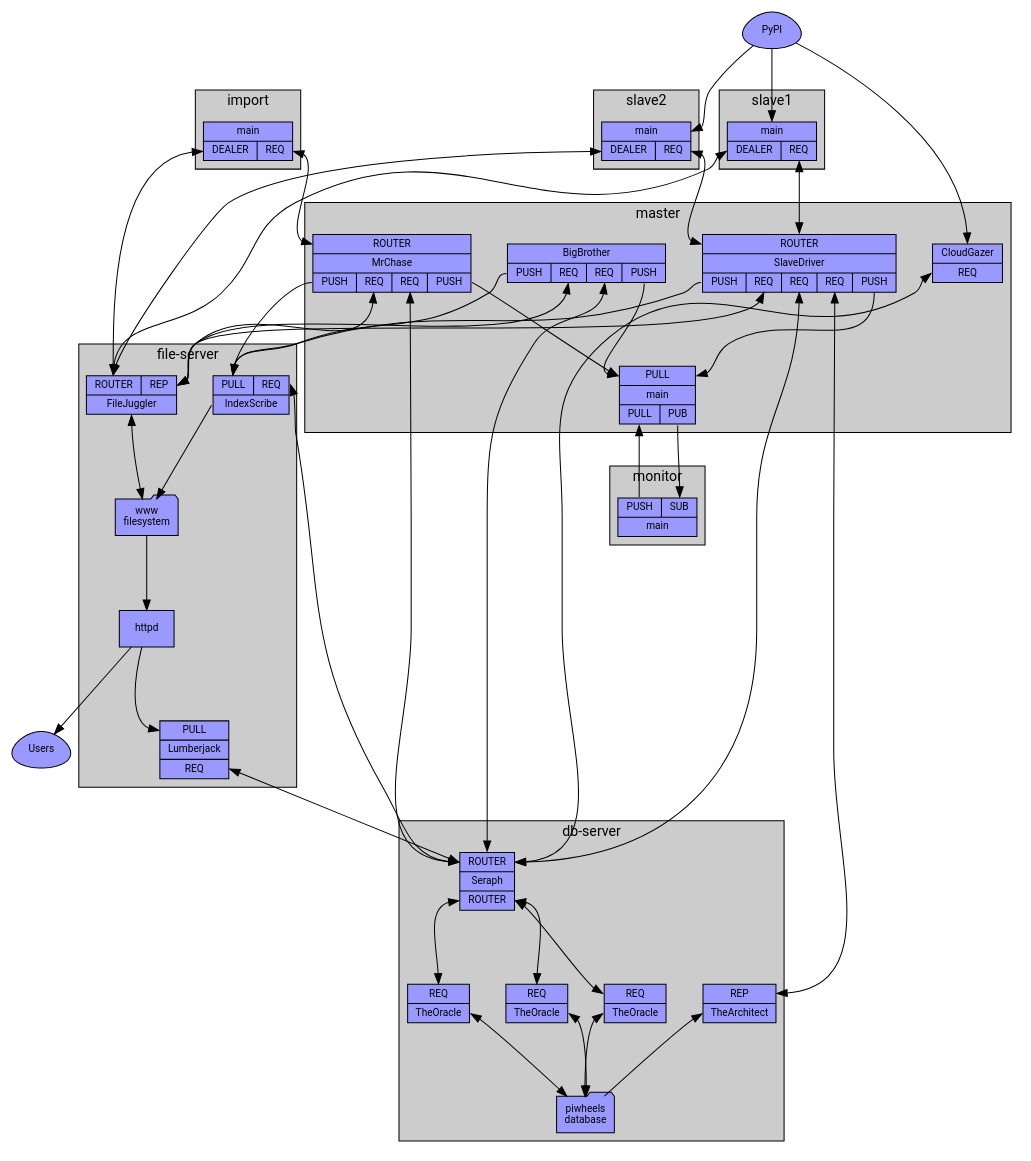
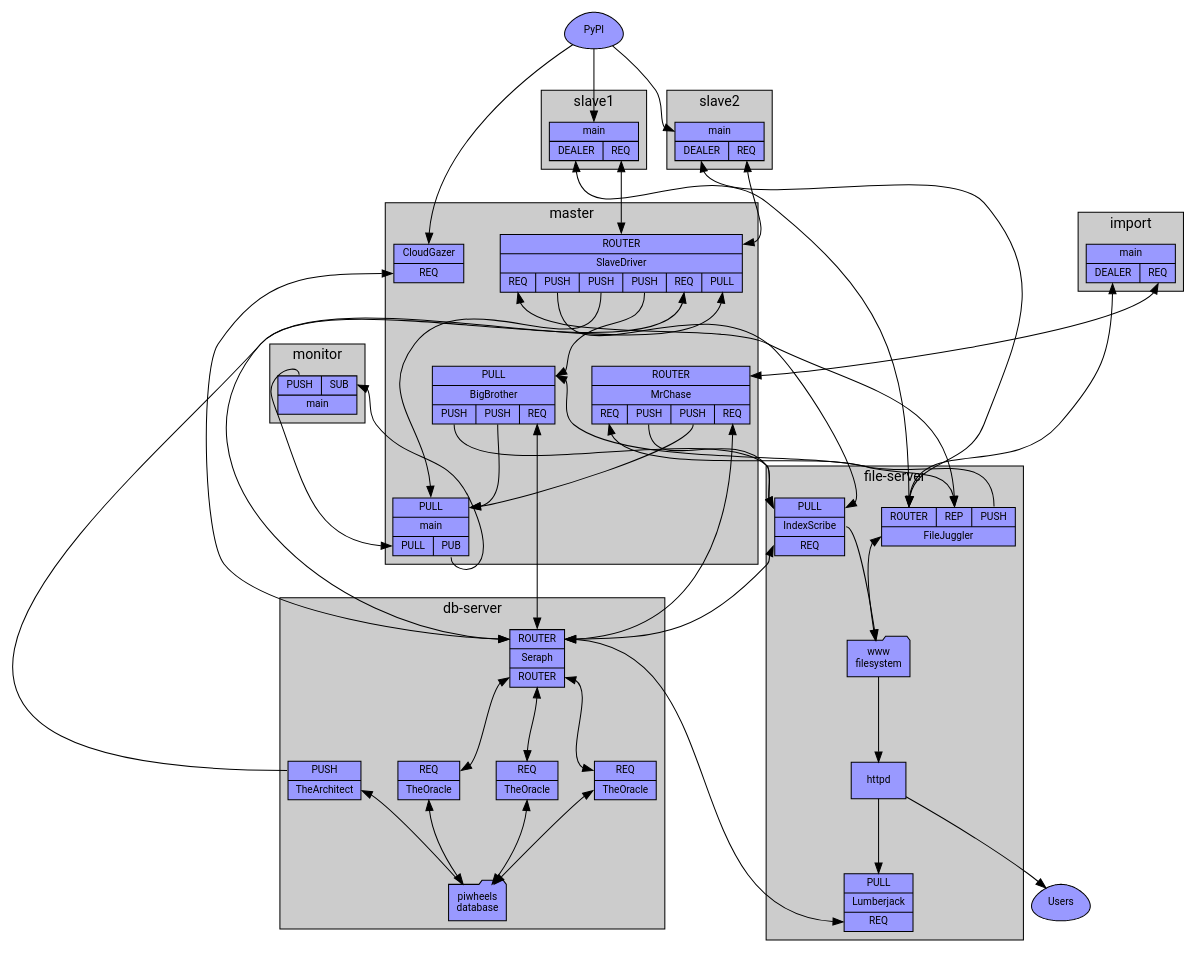
One commit to piwheels/piwheels changed the diagram in docs/master_arch.dot. Above: the diagram before and after it, drawn with Graphviz. The commit also changed 6 other files, not shown here.

First line of the commit message:
Tweak stats feeds to BigBrother

```diff
--- a/docs/master_arch.dot
+++ b/docs/master_arch.dot
@@ -1,104 +1,105 @@
 digraph piwheels {
     graph [nodesep=0.5, ranksep=1, style=filled, fontname=Roboto, fontsize=14, fillcolor="#cccccc"];
     node [shape=record, fontname=Roboto, fontsize=10, style=filled, fillcolor="#9999ff", penwidth=1];
     edge [fontname=Sans, fontsize=8];
 
     PyPI [label="PyPI", shape=egg];
     Users [label="Users", shape=egg];
 
     subgraph cluster_db_server {
         graph [label="db-server"];
 
         TheOracle1 [label="{<Seraph>REQ|<t>TheOracle}"];
         TheOracle2 [label="{<Seraph>REQ|<t>TheOracle}"];
         TheOracle3 [label="{<Seraph>REQ|<t>TheOracle}"];
-        TheArchitect [label="{<builds>REP|<t>TheArchitect}"];
+        TheArchitect [label="{<builds>PUSH|<t>TheArchitect}"];
         Seraph [label="{<db>ROUTER|<t>Seraph|<oracle>ROUTER}"];
         db [label="piwheels\ndatabase", shape=folder];
 
         Seraph:oracle->TheOracle1:Seraph [dir=both];
         Seraph:oracle->TheOracle2:Seraph [dir=both];
         Seraph:oracle->TheOracle3:Seraph [dir=both];
         TheOracle1:t->db [dir=both];
         TheOracle2:t->db [dir=both];
         TheOracle3:t->db [dir=both];
         TheArchitect:t->db [dir=back];
     }
 
     subgraph cluster_file_server {
         graph [label="file-server"];
 
-        FileJuggler [label="{{<slaves>ROUTER|<fs>REP}|<t>FileJuggler}"];
-        IndexScribe [label="{{<indexes>PULL|<db>REQ}|<t>IndexScribe}"];
+        IndexScribe [label="{<indexes>PULL|<t>IndexScribe|<db>REQ}"];
+        FileJuggler [label="{{<slaves>ROUTER|<fs>REP|<stats>PUSH}|<t>FileJuggler}"];
         Lumberjack [label="{<logs>PULL|<t>Lumberjack|<db>REQ}"];
         fs [label="www\nfilesystem", shape=folder];
         httpd;
 
         IndexScribe:t->fs;
         FileJuggler:t->fs [dir=both];
         fs->httpd;
         httpd->Lumberjack:logs;
     }
 
     subgraph cluster_master {
         graph [label="master"];
 
         CloudGazer [label="{<t>CloudGazer|<db>REQ}"];
         main [label="{{<int_status>PULL}|main|{<control>PULL|<ext_status>PUB}}"];
-        BigBrother [label="{<t>BigBrother|{<indexes>PUSH|<fs>REQ|<db>REQ|<int_status>PUSH}}"];
-        SlaveDriver [label="{{<slaves>ROUTER}|<t>SlaveDriver|{<indexes>PUSH|<fs>REQ|<db>REQ|<builds>REQ|<int_status>PUSH}}"];
-        MrChase [label="{<imports>ROUTER|<t>MrChase|{<indexes>PUSH|<fs>REQ|<db>REQ|<int_status>PUSH}}"];
+        MrChase [label="{<imports>ROUTER|<t>MrChase|{<fs>REQ|<indexes>PUSH|<int_status>PUSH|<db>REQ}}"];
+        SlaveDriver [label="{{<slaves>ROUTER}|<t>SlaveDriver|{<fs>REQ|<indexes>PUSH|<int_status>PUSH|<stats>PUSH|<db>REQ|<builds>PULL}}"];
+        BigBrother [label="{<stats>PULL|<t>BigBrother|{<indexes>PUSH|<int_status>PUSH|<db>REQ}}"];
 
         BigBrother:int_status->main:int_status;
         SlaveDriver:int_status->main:int_status;
         MrChase:int_status->main:int_status;
     }
 
     subgraph cluster_monitor {
         graph [label="monitor"];
         monitor [label="{{<control>PUSH|<status>SUB}|<t>main}"];
     }
 
     subgraph cluster_slave1 {
         graph [label="slave1"];
         Slave1 [label="{<t>main|{<files>DEALER|<builds>REQ}}"];
     }
 
     subgraph cluster_slave2 {
         graph [label="slave2"];
         Slave2 [label="{<t>main|{<files>DEALER|<builds>REQ}}"];
     }
 
     subgraph cluster_import {
         graph [label="import"];
         Import [label="{<t>main|{<files>DEALER|<imports>REQ}}"];
     }
 
 
     PyPI->CloudGazer:t;
     PyPI->Slave1:t;
     PyPI->Slave2:t;
     Slave1:builds->SlaveDriver:slaves [dir=both];
     Slave2:builds->SlaveDriver:slaves [dir=both];
     Slave1:files->FileJuggler:slaves [dir=both];
     Slave2:files->FileJuggler:slaves [dir=both];
     Import:imports->MrChase:imports [dir=both];
     Import:files->FileJuggler:slaves [dir=both];
     main:ext_status->monitor:status;
     monitor:control->main:control;
 
     CloudGazer:db->Seraph:db [dir=both];
     BigBrother:indexes->IndexScribe:indexes;
     SlaveDriver:indexes->IndexScribe:indexes;
+    SlaveDriver:stats->BigBrother:stats;
+    FileJuggler:stats->BigBrother:stats;
     MrChase:indexes->IndexScribe:indexes;
     IndexScribe:db->Seraph:db [dir=both];
     BigBrother:db->Seraph:db [dir=both];
-    BigBrother:fs->FileJuggler:fs [dir=both];
     SlaveDriver:fs->FileJuggler:fs [dir=both];
     SlaveDriver:db->Seraph:db [dir=both];
-    SlaveDriver:builds->TheArchitect:builds [dir=both];
+    TheArchitect:builds->SlaveDriver:builds;
     MrChase:fs->FileJuggler:fs [dir=both];
     MrChase:db->Seraph:db [dir=both];
     Lumberjack:db->Seraph:db [dir=both];
     httpd->Users;
 }
```
